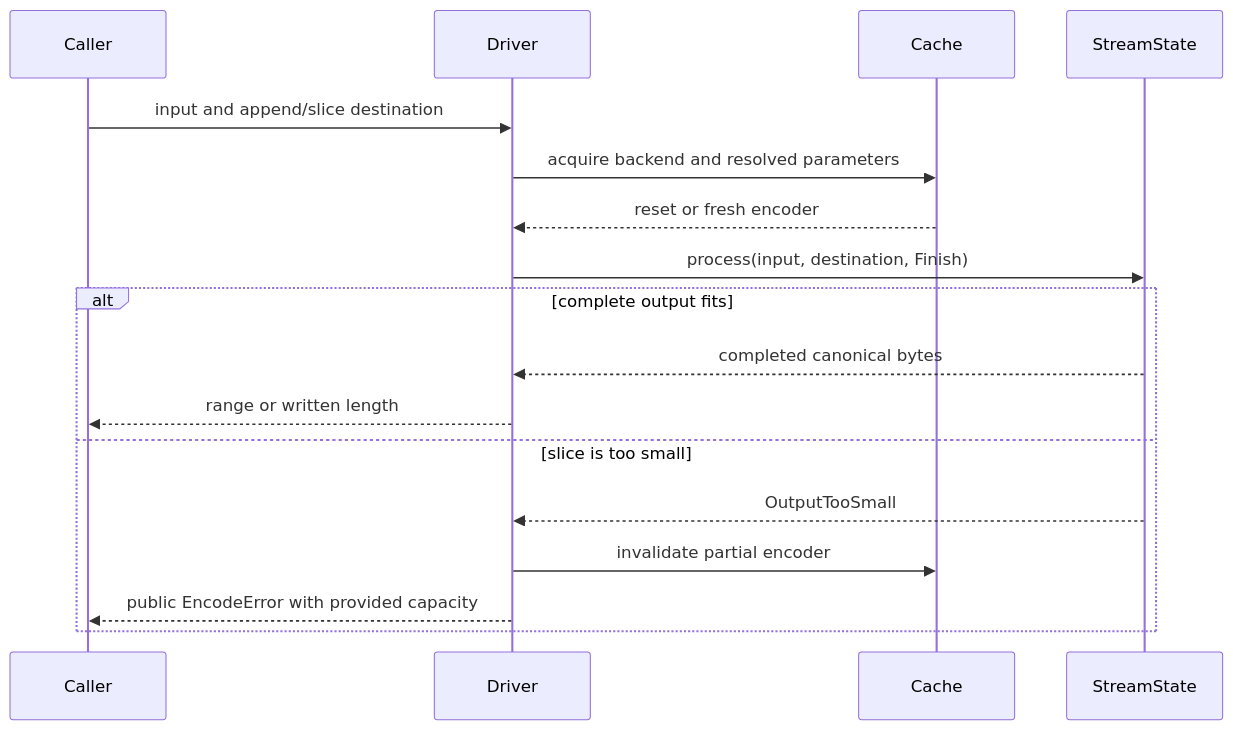
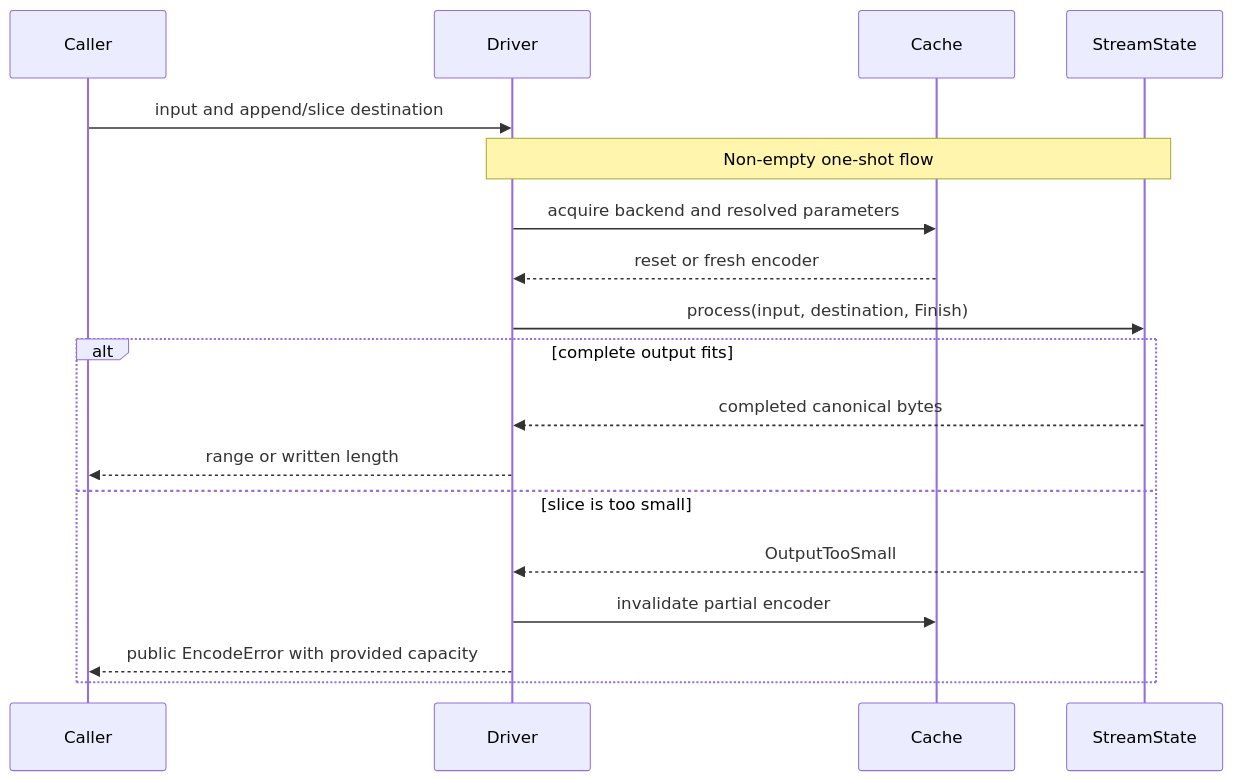
Before and after one commit to Mnwa/mbrotli: the third of 3 diagrams in architecture/universal-encoding.md, drawn with Mermaid. The commit also changed other lines of this file and 34 other files, not shown here.

````diff
--- a/architecture/universal-encoding.md
+++ b/architecture/universal-encoding.md
@@ -51,19 +71,20 @@
 ```mermaid
 sequenceDiagram
     participant Caller
     participant Driver
     participant Cache
     participant State as StreamState
     Caller->>Driver: input and append/slice destination
+    Note over Driver, State: Non-empty one-shot flow
     Driver->>Cache: acquire backend and resolved parameters
     Cache-->>Driver: reset or fresh encoder
     Driver->>State: process(input, destination, Finish)
     alt complete output fits
         State-->>Driver: completed canonical bytes
         Driver-->>Caller: range or written length
     else slice is too small
         State-->>Driver: OutputTooSmall
         Driver->>Cache: invalidate partial encoder
         Driver-->>Caller: public EncodeError with provided capacity
     end
 ```
````
